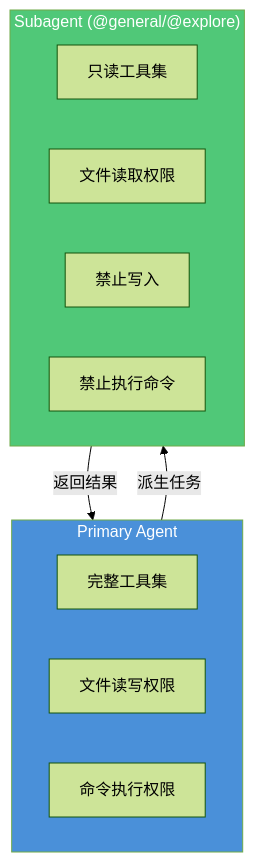
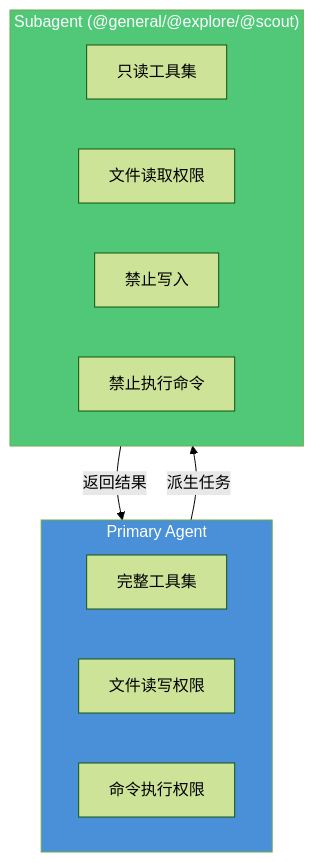
One commit to tonydeng/harness-engineering-from-oc-to-ai-coding changed the sixth of 11 diagrams in src/02-core-concepts/agent-orchestration.md. Above: the diagram before and after it, drawn with Mermaid (forest theme). The commit also changed other lines of this file and 331 other files, not shown here.

````diff
--- a/src/02-core-concepts/agent-orchestration.md
+++ b/src/02-core-concepts/agent-orchestration.md
@@ -499,21 +504,21 @@
 ```mermaid
 flowchart TB
     subgraph PrimaryAgent["Primary Agent"]
         P1[完整工具集]
         P2[文件读写权限]
         P3[命令执行权限]
     end
     
-    subgraph Subagent["Subagent (@general/@explore)"]
+    subgraph Subagent["Subagent (@general/@explore/@scout)"]
         S1[只读工具集]
         S2[文件读取权限]
         S3[禁止写入]
         S4[禁止执行命令]
     end
     
     PrimaryAgent -->|"派生任务"| Subagent
     Subagent -->|"返回结果"| PrimaryAgent
     
     style PrimaryAgent fill:#4A90D9,color:#fff
     style Subagent fill:#50C878,color:#fff
 ```
````
